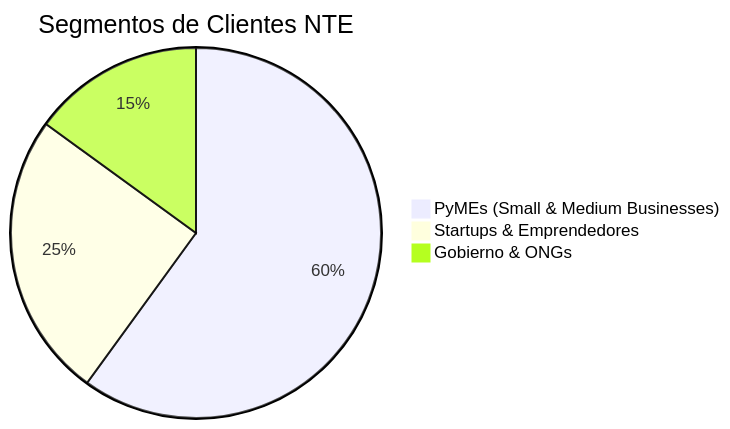
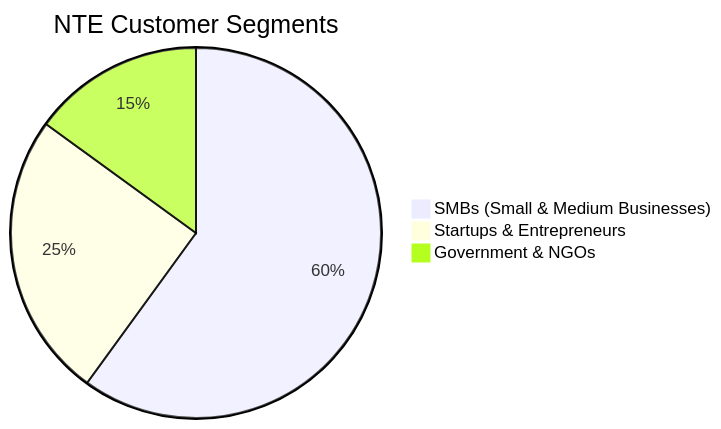
The third of 3 diagrams in documentation/01-company/mission-vision-values.md (nissienterprise/nissi-openclaw-vps), drawn with Mermaid before and after one commit. The commit also changed other lines of this file and 46 other files, not shown here.

````diff
--- a/documentation/01-company/mission-vision-values.md
+++ b/documentation/01-company/mission-vision-values.md
@@ -99,6 +99,6 @@
 ```mermaid
-pie title Segmentos de Clientes NTE
-    "PyMEs (Small & Medium Businesses)" : 60
-    "Startups & Emprendedores" : 25
-    "Gobierno & ONGs" : 15
+pie title NTE Customer Segments
+    "SMBs (Small & Medium Businesses)" : 60
+    "Startups & Entrepreneurs" : 25
+    "Government & NGOs" : 15
 ```
````
